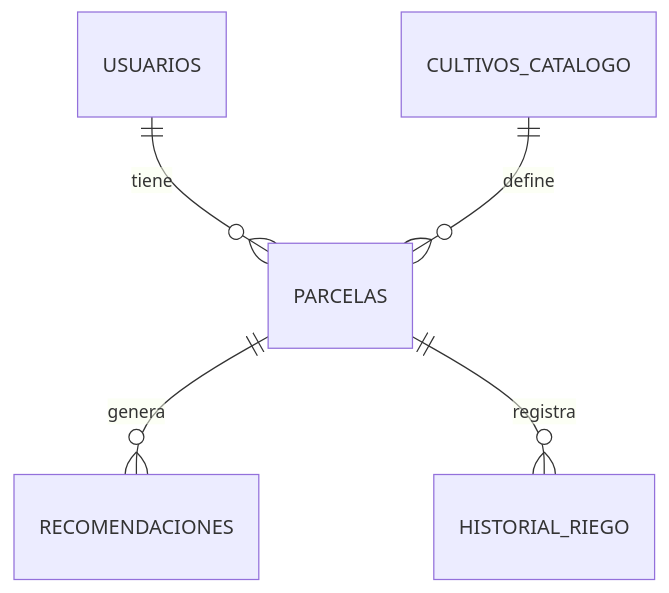
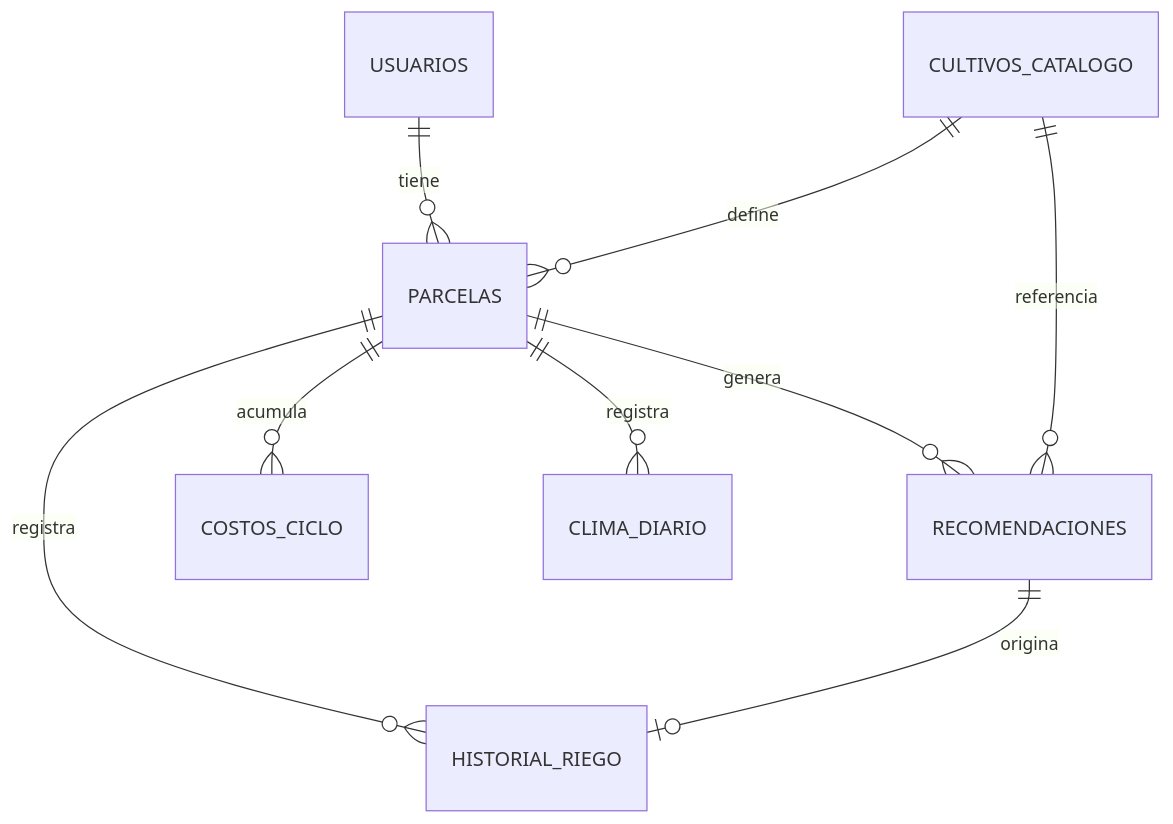
One commit to Zidnz/Milpin-pp26-v.1- changed the second of 3 diagrams in README.md. Above: the diagram before and after it, drawn with Mermaid. The commit also changed other lines of this file, not shown here.

````diff
--- a/README.md
+++ b/README.md
@@ -319,7 +378,11 @@
 ```mermaid
 erDiagram
     USUARIOS ||--o{ PARCELAS : tiene
     CULTIVOS_CATALOGO ||--o{ PARCELAS : define
     PARCELAS ||--o{ RECOMENDACIONES : genera
     PARCELAS ||--o{ HISTORIAL_RIEGO : registra
+    PARCELAS ||--o{ COSTOS_CICLO : acumula
+    PARCELAS ||--o{ CLIMA_DIARIO : registra
+    RECOMENDACIONES ||--o| HISTORIAL_RIEGO : origina
+    CULTIVOS_CATALOGO ||--o{ RECOMENDACIONES : referencia
 ```
````
